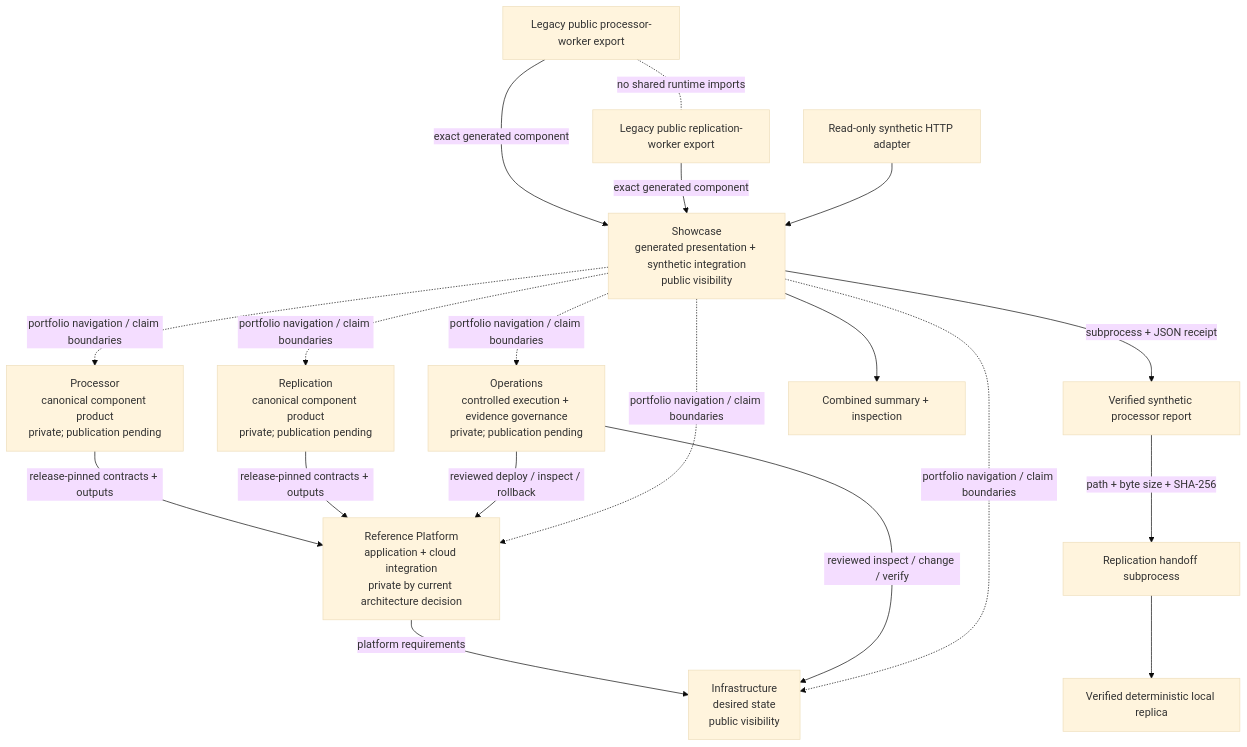
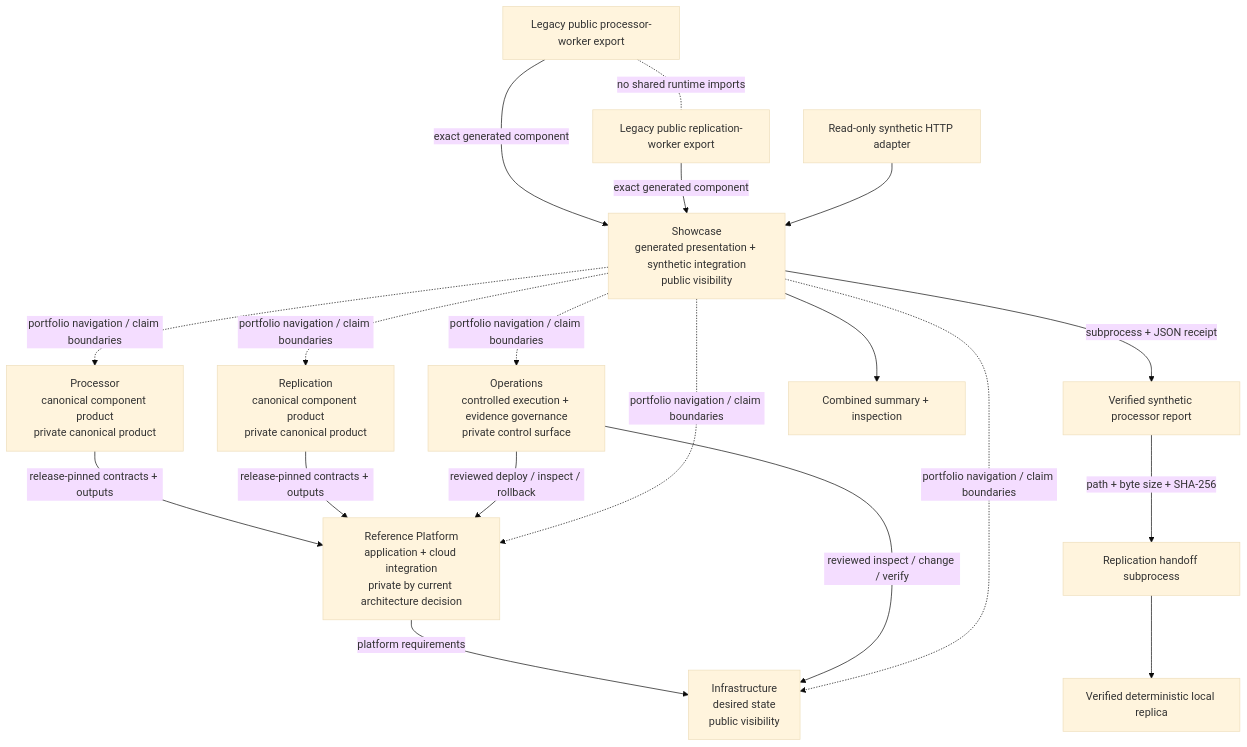
Before and after one commit to Seemorghdev/edge-evidence-showcase: the diagram in docs/ARCHITECTURE.md, drawn with Mermaid (base theme). The commit also changed 5 other files, not shown here.

````diff
--- a/docs/ARCHITECTURE.md
+++ b/docs/ARCHITECTURE.md
@@ -8,32 +8,32 @@
 ```mermaid
 flowchart TB
-    P[Processor<br/>canonical component product<br/>private; publication pending]
-    R[Replication<br/>canonical component product<br/>private; publication pending]
+    P[Processor<br/>canonical component product<br/>private canonical product]
+    R[Replication<br/>canonical component product<br/>private canonical product]
     REF[Reference Platform<br/>application + cloud integration<br/>private by current architecture decision]
     INF[Infrastructure<br/>desired state<br/>public visibility]
-    OPS[Operations<br/>controlled execution + evidence governance<br/>private; publication pending]
+    OPS[Operations<br/>controlled execution + evidence governance<br/>private control surface]
     S[Showcase<br/>generated presentation + synthetic integration<br/>public visibility]
 
     P -->|release-pinned contracts + outputs| REF
     R -->|release-pinned contracts + outputs| REF
     REF -->|platform requirements| INF
     OPS -->|reviewed inspect / change / verify| INF
     OPS -->|reviewed deploy / inspect / rollback| REF
 
     LP[Legacy public processor-worker export] -->|exact generated component| S
     LR[Legacy public replication-worker export] -->|exact generated component| S
 
     S -. portfolio navigation / claim boundaries .-> P
     S -. portfolio navigation / claim boundaries .-> R
     S -. portfolio navigation / claim boundaries .-> REF
     S -. portfolio navigation / claim boundaries .-> INF
     S -. portfolio navigation / claim boundaries .-> OPS
 
     S -->|subprocess + JSON receipt| PO[Verified synthetic processor report]
     PO -->|path + byte size + SHA-256| RH[Replication handoff subprocess]
     RH --> RT[Verified deterministic local replica]
     S --> CS[Combined summary + inspection]
 
     HTTP[Read-only synthetic HTTP adapter] --> S
     LP -. no shared runtime imports .- LR
 ```
````
